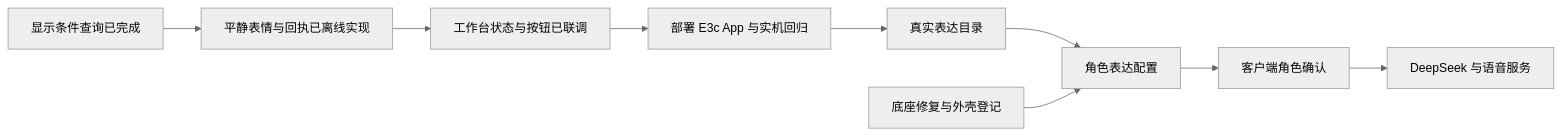
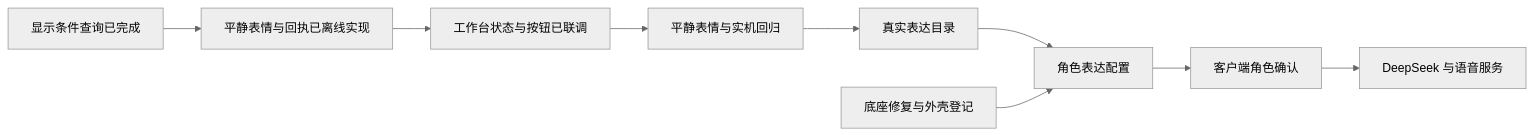
One commit to 404-NOT-FOUND-ERROR/DeskBot-Hardware changed the diagram in docs/development-pipeline-20261102.md. Above: the diagram before and after it, drawn with Mermaid (neutral theme). The commit also changed other lines of this file and 52 other files, not shown here.

````diff
--- a/docs/development-pipeline-20261102.md
+++ b/docs/development-pipeline-20261102.md
@@ -20,11 +20,11 @@
 ```mermaid
 flowchart LR
     A[显示条件查询已完成] --> B[平静表情与回执已离线实现]
     B --> C[工作台状态与按钮已联调]
-    C --> D[部署 E3c App 与实机回归]
+    C --> D[平静表情与实机回归]
     D --> E[真实表达目录]
     E --> F[角色表达配置]
     G[底座修复与外壳登记] --> F
     F --> H[客户端角色确认]
     H --> I[DeepSeek 与语音服务]
 ```
````
